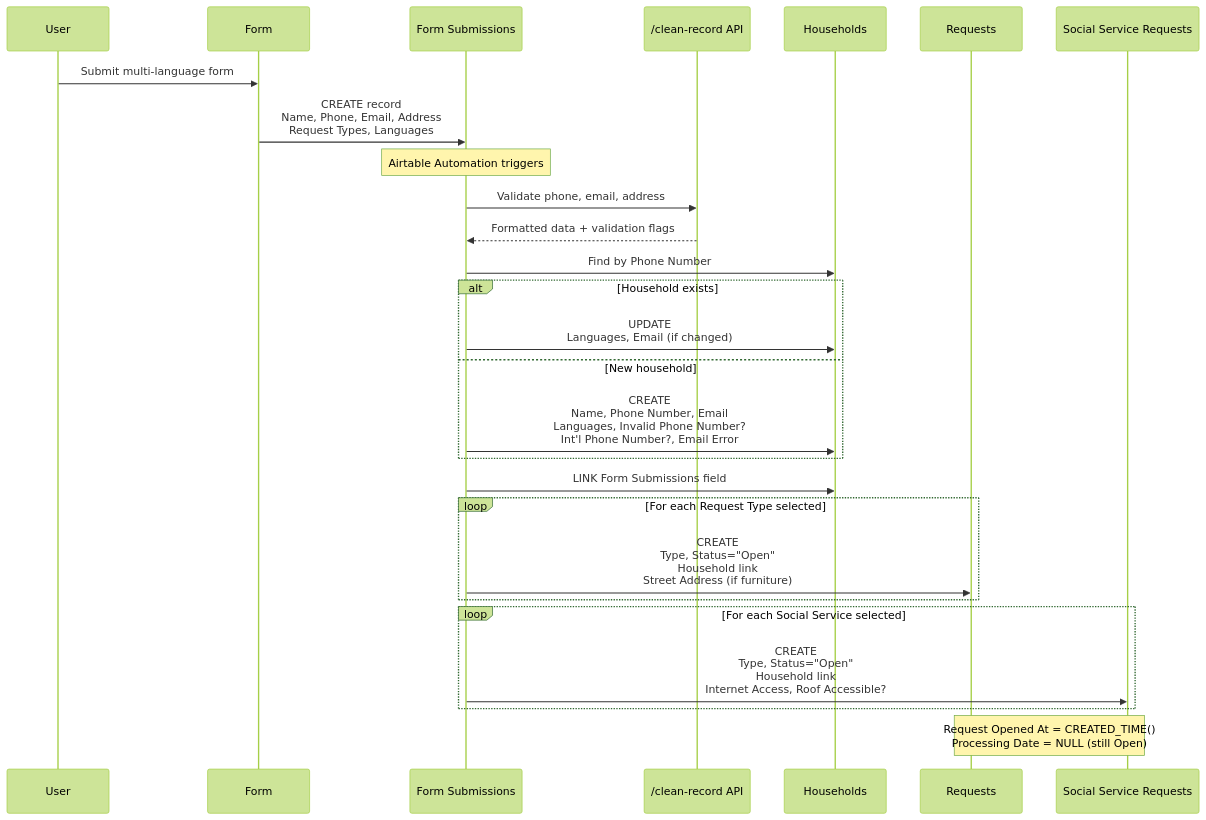
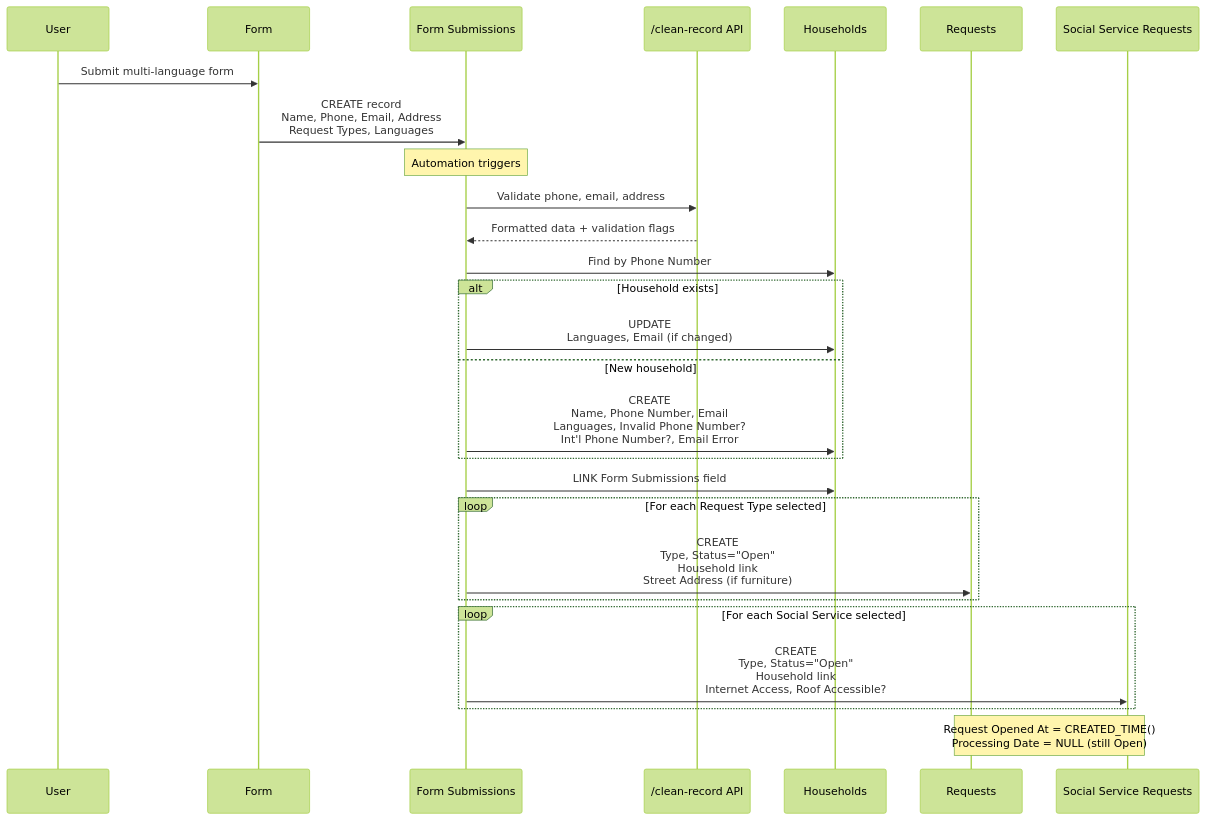
One commit to bushwickayudamutua/specs changed the second of 8 diagrams in bam-mutual-aid-spec.md. Above: the diagram before and after it, drawn with Mermaid (forest theme). The commit also changed other lines of this file and 3 other files, not shown here.

````diff
--- a/bam-mutual-aid-spec.md
+++ b/bam-mutual-aid-spec.md
@@ -418,37 +368,37 @@
 ```mermaid
 sequenceDiagram
     participant User
     participant Form
     participant FormSubmissions as Form Submissions
     participant CleanAPI as /clean-record API
     participant Households
     participant Requests
     participant SocialServices as Social Service Requests
 
     User->>Form: Submit multi-language form
     Form->>FormSubmissions: CREATE record<br/>Name, Phone, Email, Address<br/>Request Types, Languages
 
-    Note over FormSubmissions: Airtable Automation triggers
+    Note over FormSubmissions: Automation triggers
 
     FormSubmissions->>CleanAPI: Validate phone, email, address
     CleanAPI-->>FormSubmissions: Formatted data + validation flags
 
     FormSubmissions->>Households: Find by Phone Number
     alt Household exists
         FormSubmissions->>Households: UPDATE<br/>Languages, Email (if changed)
     else New household
         FormSubmissions->>Households: CREATE<br/>Name, Phone Number, Email<br/>Languages, Invalid Phone Number?<br/>Int'l Phone Number?, Email Error
     end
 
     FormSubmissions->>Households: LINK Form Submissions field
 
     loop For each Request Type selected
         FormSubmissions->>Requests: CREATE<br/>Type, Status="Open"<br/>Household link<br/>Street Address (if furniture)
     end
 
     loop For each Social Service selected
         FormSubmissions->>SocialServices: CREATE<br/>Type, Status="Open"<br/>Household link<br/>Internet Access, Roof Accessible?
     end
 
     Note over Requests,SocialServices: Request Opened At = CREATED_TIME()<br/>Processing Date = NULL (still Open)
 ```
````
